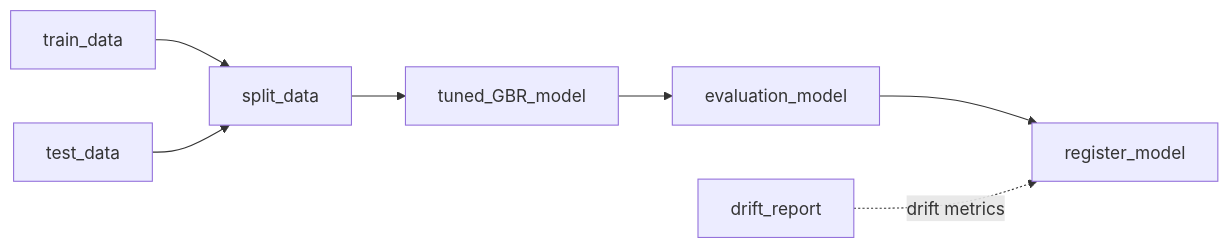
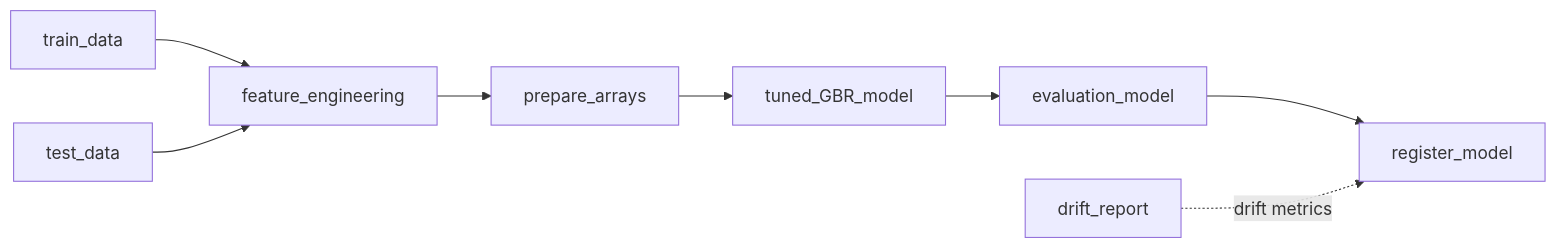
The first of 2 diagrams in README.md (MikolajRusin/mlops-cmapss-pipeline), drawn with Mermaid before and after one commit. The commit also changed other lines of this file, not shown here.

````diff
--- a/README.md
+++ b/README.md
@@ -42,9 +42,10 @@
 ```mermaid
 graph LR
-    train_data --> split_data
-    test_data  --> split_data
-    split_data --> tuned_GBR_model
+    train_data --> feature_engineering
+    test_data  --> feature_engineering
+    feature_engineering --> prepare_arrays
+    prepare_arrays --> tuned_GBR_model
     tuned_GBR_model --> evaluation_model
     evaluation_model --> register_model
     drift_report -. drift metrics .-> register_model
 ```
````
